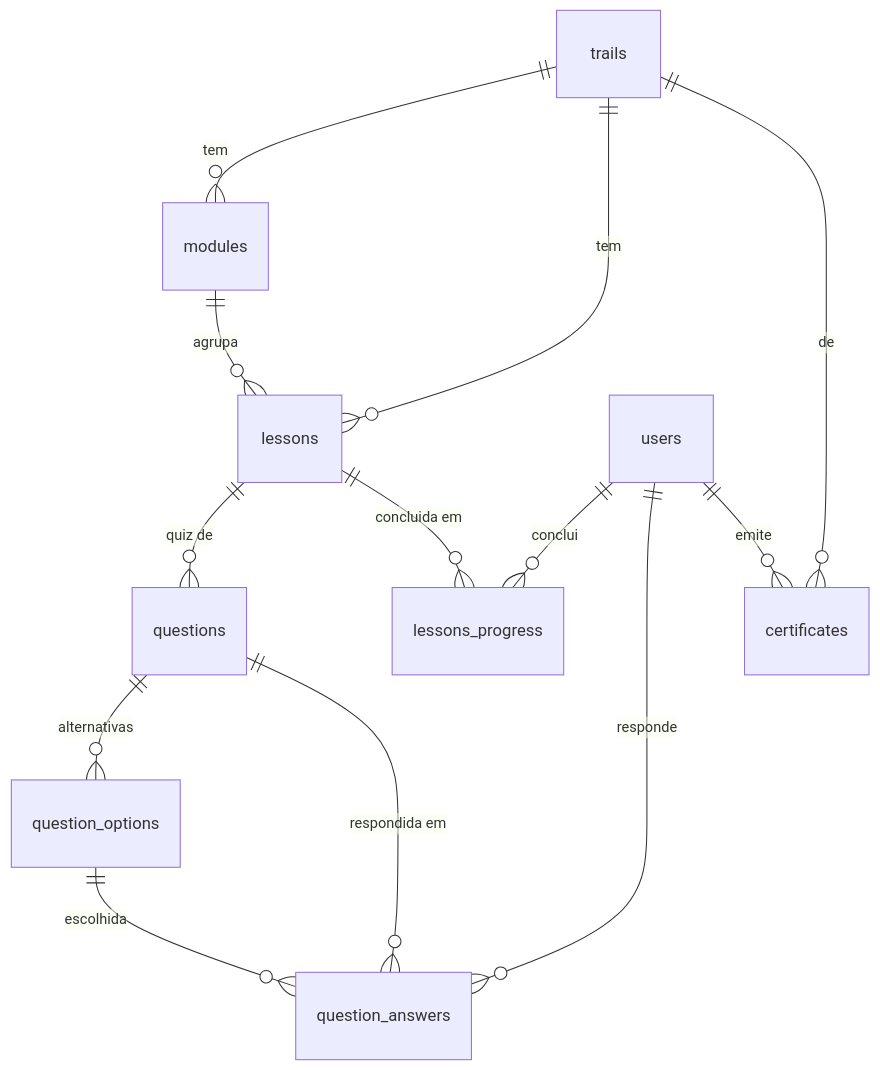
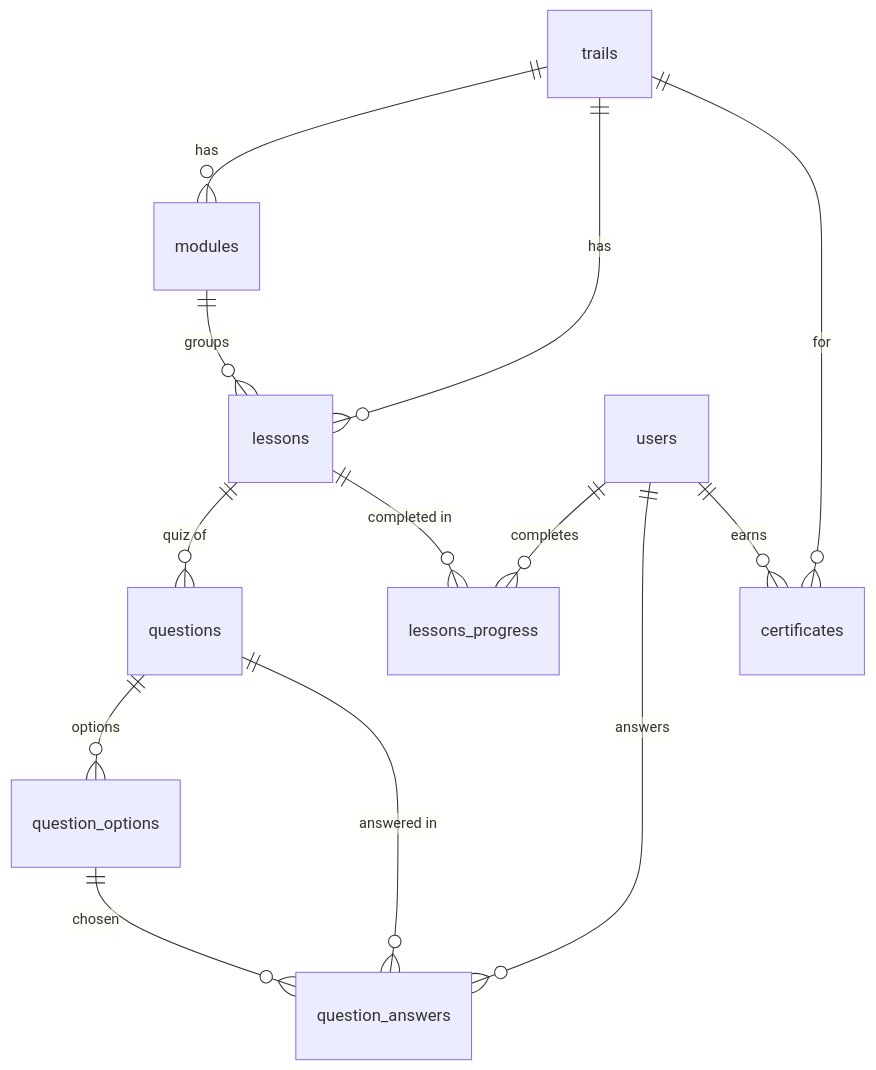
One commit to jpavrdev/plataforma-estudos changed the second of 4 diagrams in README.md. Above: the diagram before and after it, drawn with Mermaid. The commit also changed other lines of this file and 1 other file, not shown here.

````diff
--- a/README.md
+++ b/README.md
@@ -179,17 +192,17 @@
 ```mermaid
 erDiagram
-    trails    ||--o{ modules           : "tem"
-    trails    ||--o{ lessons           : "tem"
-    modules   ||--o{ lessons           : "agrupa"
-    lessons   ||--o{ questions         : "quiz de"
-    questions ||--o{ question_options  : "alternativas"
+    trails    ||--o{ modules           : "has"
+    trails    ||--o{ lessons           : "has"
+    modules   ||--o{ lessons           : "groups"
+    lessons   ||--o{ questions         : "quiz of"
+    questions ||--o{ question_options  : "options"
 
-    users     ||--o{ lessons_progress  : "conclui"
-    lessons   ||--o{ lessons_progress  : "concluida em"
-    users     ||--o{ question_answers  : "responde"
-    questions ||--o{ question_answers  : "respondida em"
-    question_options ||--o{ question_answers : "escolhida"
+    users     ||--o{ lessons_progress  : "completes"
+    lessons   ||--o{ lessons_progress  : "completed in"
+    users     ||--o{ question_answers  : "answers"
+    questions ||--o{ question_answers  : "answered in"
+    question_options ||--o{ question_answers : "chosen"
 
-    users     ||--o{ certificates      : "emite"
-    trails    ||--o{ certificates      : "de"
+    users     ||--o{ certificates      : "earns"
+    trails    ||--o{ certificates      : "for"
 ```
````
